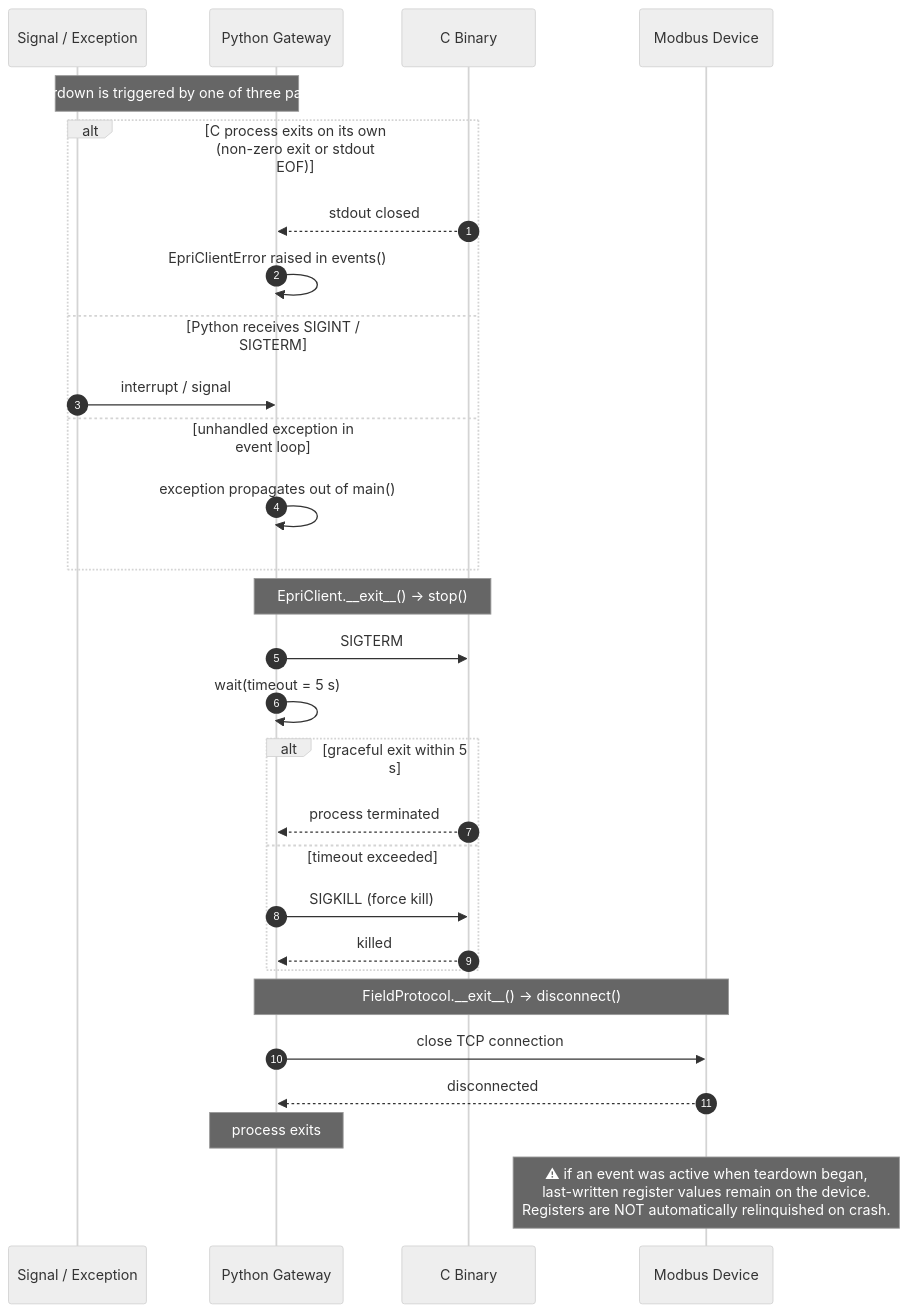
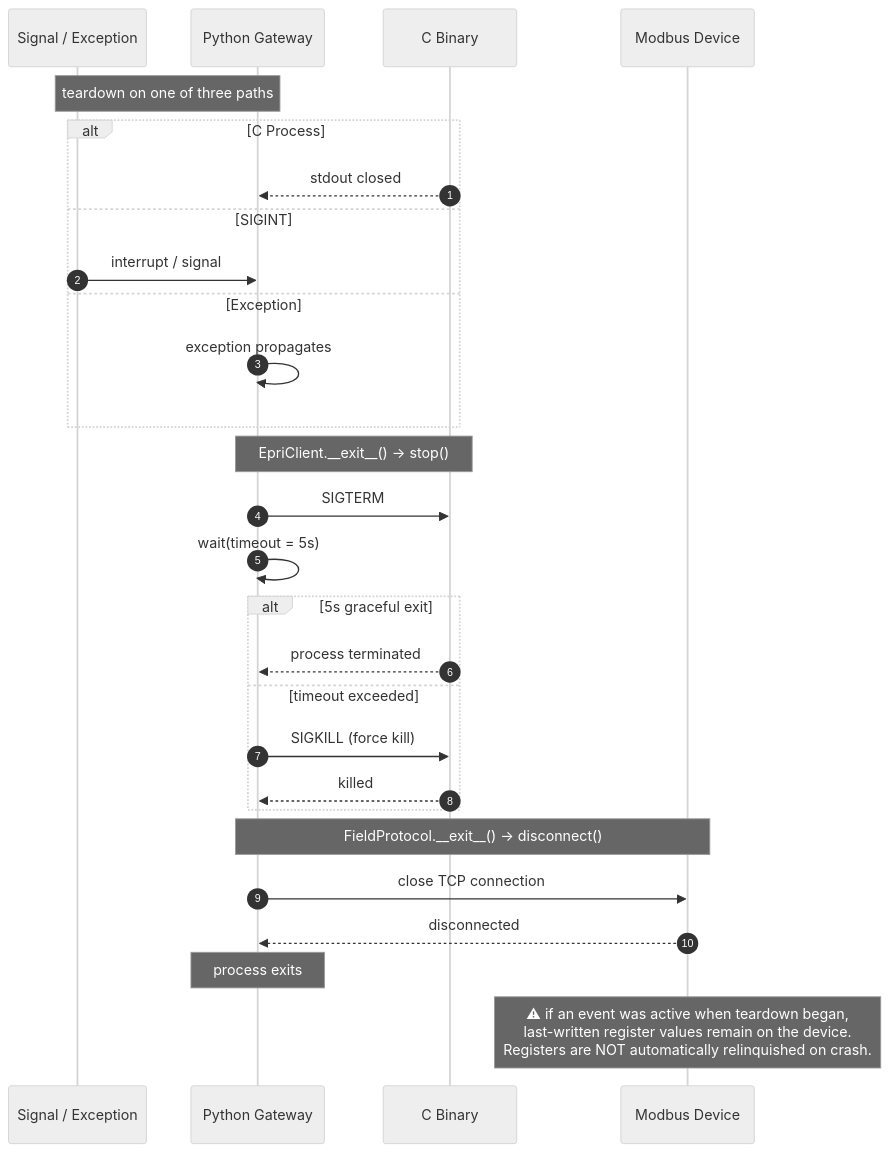
Before and after one commit to josh-vannatta/2030_5-Client: the diagram in docs/sequence/05_teardown_sequence.mermaid, drawn with Mermaid (neutral theme). The commit also changed 2 other files, not shown here.

```diff
--- a/docs/sequence/05_teardown_sequence.mermaid
+++ b/docs/sequence/05_teardown_sequence.mermaid
@@ -1,38 +1,36 @@
 sequenceDiagram
     autonumber
     participant SIG as Signal / Exception
     participant PY  as Python Gateway
     participant C   as C Binary
     participant MB  as Modbus Device
 
-    Note over SIG,PY: teardown is triggered by one of three paths
+    Note over SIG,PY: teardown on one of three paths
 
-    alt C process exits on its own (non-zero exit or stdout EOF)
+    alt C Process
         C  -->> PY: stdout closed
-        PY ->>  PY: EpriClientError raised in events()
-    else Python receives SIGINT / SIGTERM
+    else SIGINT
         SIG ->> PY: interrupt / signal
-    else unhandled exception in event loop
-        PY  ->> PY: exception propagates out of main()
+    else Exception
+        PY  ->> PY: exception propagates
     end
 
     Note over PY,C: EpriClient.__exit__() → stop()
 
     PY  ->>  C: SIGTERM
-    PY  ->>  PY: wait(timeout = 5 s)
+    PY  ->>  PY: wait(timeout = 5s)
 
-    alt graceful exit within 5 s
+    alt 5s graceful exit
         C  -->> PY: process terminated
     else timeout exceeded
         PY  ->>  C: SIGKILL (force kill)
         C  -->> PY: killed
     end
 
     Note over PY,MB: FieldProtocol.__exit__() → disconnect()
 
     PY  ->>  MB: close TCP connection
     MB -->>  PY: disconnected
 
     Note over PY: process exits
-
     Note over MB: ⚠ if an event was active when teardown began,<br/>last-written register values remain on the device.<br/>Registers are NOT automatically relinquished on crash.
```
